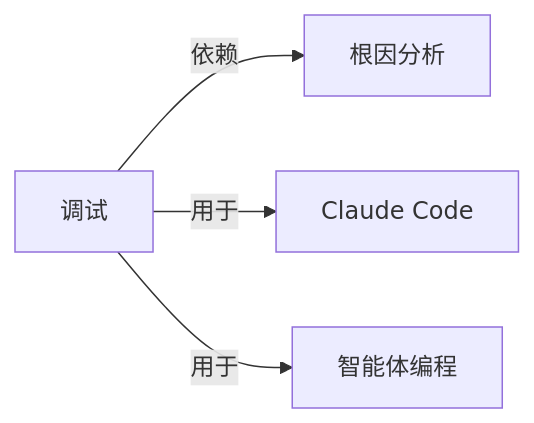
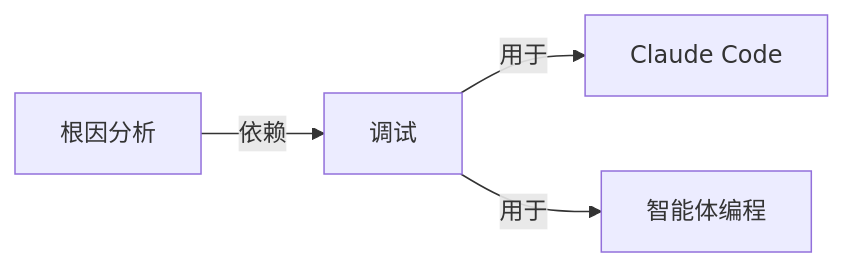
Before and after one commit to yibie/claude-best-practices-zh: the diagram in wiki/调试.md, drawn with Mermaid. The commit also changed other lines of this file and 407 other files, not shown here.

Commit message:
feat: DeepSeek 三遍审校（译文/关系/图谱）+ 可部署静态站点

````diff
--- a/wiki/调试.md
+++ b/wiki/调试.md
@@ -45,7 +46,7 @@
 ```mermaid
 graph LR
   C["调试"]
-  C -->|依赖| N0["根因分析"]
-  C -->|用于| N1["Claude Code"]
-  C -->|用于| N2["智能体编程"]
+  C -->|用于| N0["Claude Code"]
+  C -->|用于| N1["智能体编程"]
+  N2["根因分析"] -->|依赖| C
 ```
````
